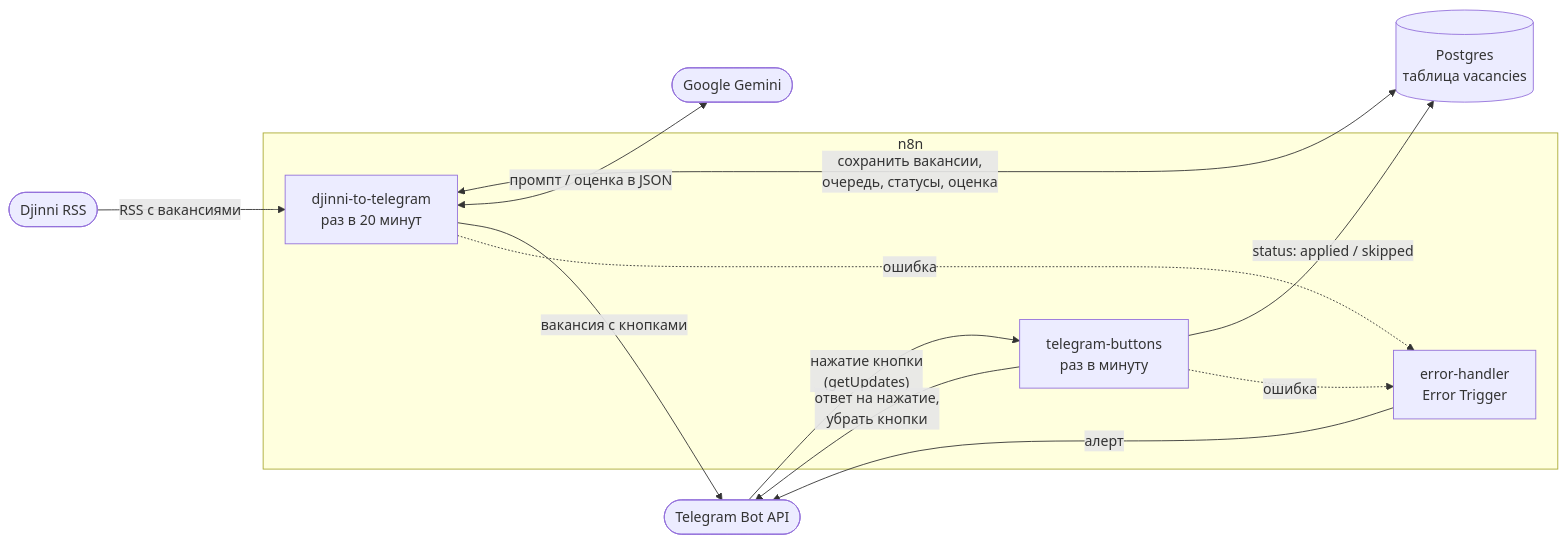
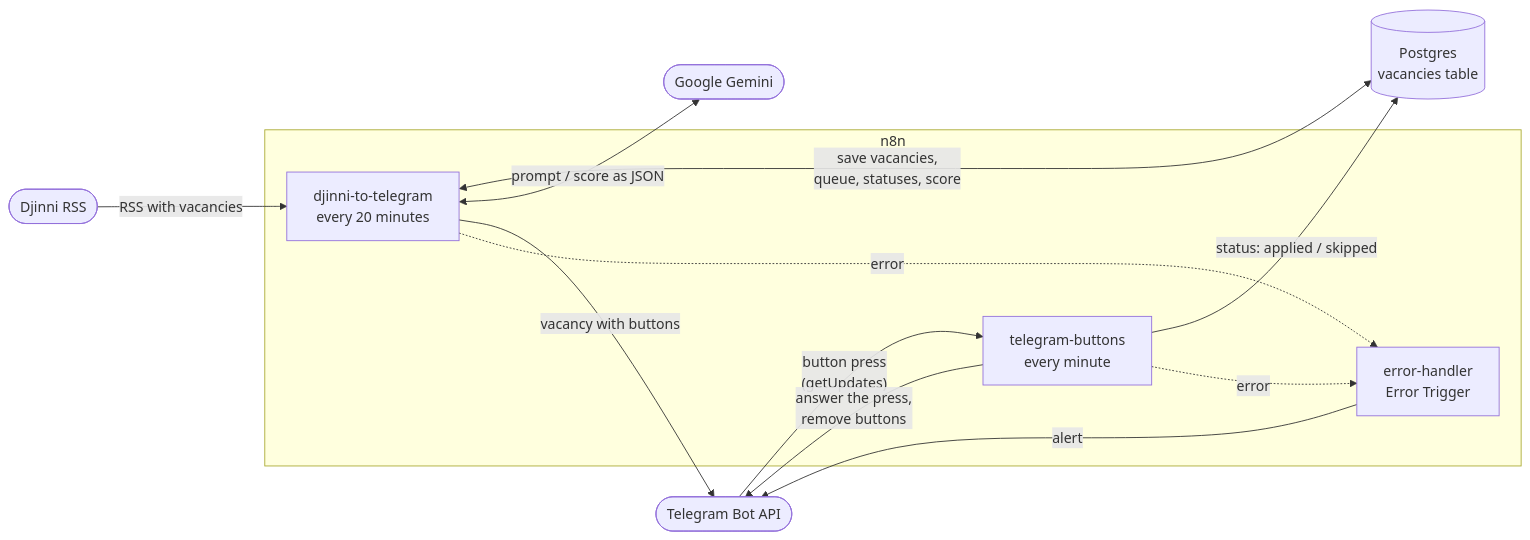
The first of 2 diagrams in README.md (Rostik0602/djinni-job-bot), drawn with Mermaid before and after one commit. The commit also changed other lines of this file, not shown here.

````diff
--- a/README.md
+++ b/README.md
@@ -39,24 +39,24 @@
 ```mermaid
 flowchart LR
     DJ(["Djinni RSS"])
     TG(["Telegram Bot API"])
     GM(["Google Gemini"])
-    DB[("Postgres<br/>таблица vacancies")]
+    DB[("Postgres<br/>vacancies table")]
 
     subgraph N8N["n8n"]
-        W1["djinni-to-telegram<br/>раз в 20 минут"]
-        W2["telegram-buttons<br/>раз в минуту"]
+        W1["djinni-to-telegram<br/>every 20 minutes"]
+        W2["telegram-buttons<br/>every minute"]
         W3["error-handler<br/>Error Trigger"]
     end
 
-    DJ -->|"RSS с вакансиями"| W1
-    W1 <-->|"сохранить вакансии,<br/>очередь, статусы, оценка"| DB
-    W1 <-->|"промпт / оценка в JSON"| GM
-    W1 -->|"вакансия с кнопками"| TG
-    TG -->|"нажатие кнопки<br/>(getUpdates)"| W2
-    W2 -->|"ответ на нажатие,<br/>убрать кнопки"| TG
+    DJ -->|"RSS with vacancies"| W1
+    W1 <-->|"save vacancies,<br/>queue, statuses, score"| DB
+    W1 <-->|"prompt / score as JSON"| GM
+    W1 -->|"vacancy with buttons"| TG
+    TG -->|"button press<br/>(getUpdates)"| W2
+    W2 -->|"answer the press,<br/>remove buttons"| TG
     W2 -->|"status: applied / skipped"| DB
-    W1 -.->|"ошибка"| W3
-    W2 -.->|"ошибка"| W3
-    W3 -->|"алерт"| TG
+    W1 -.->|"error"| W3
+    W2 -.->|"error"| W3
+    W3 -->|"alert"| TG
 ```
````
